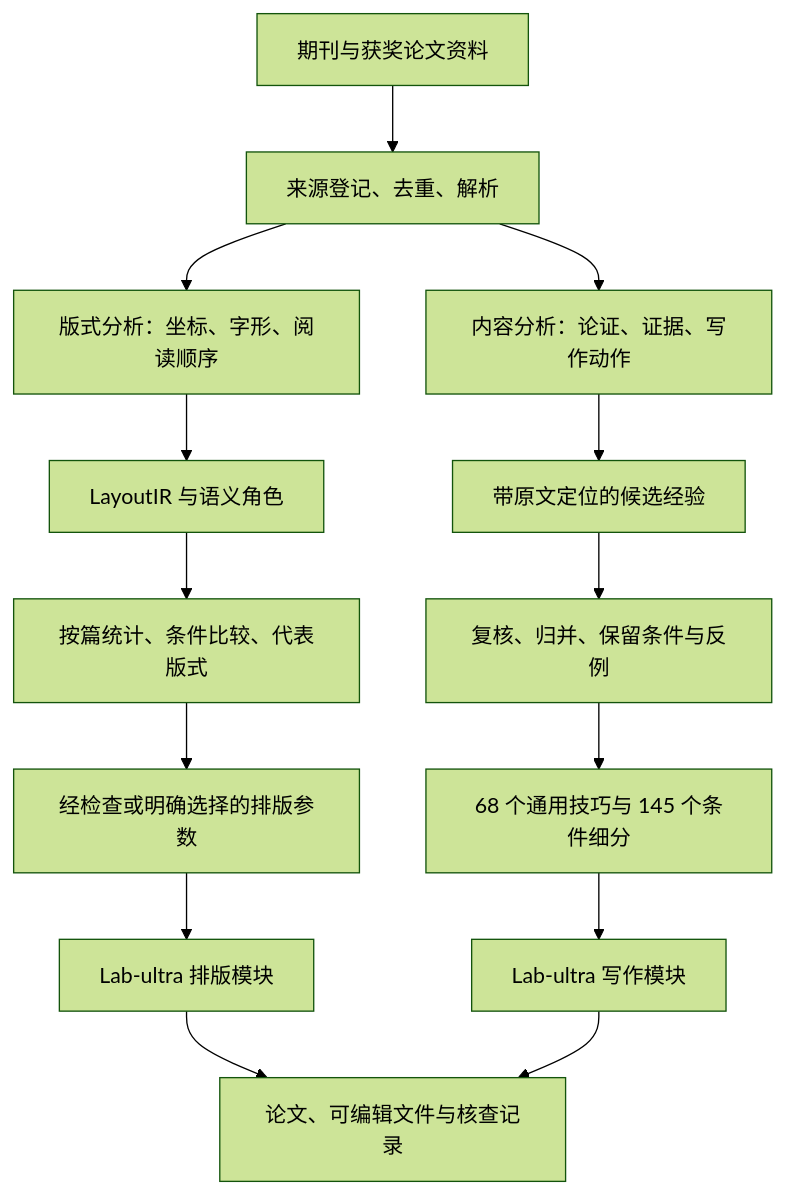
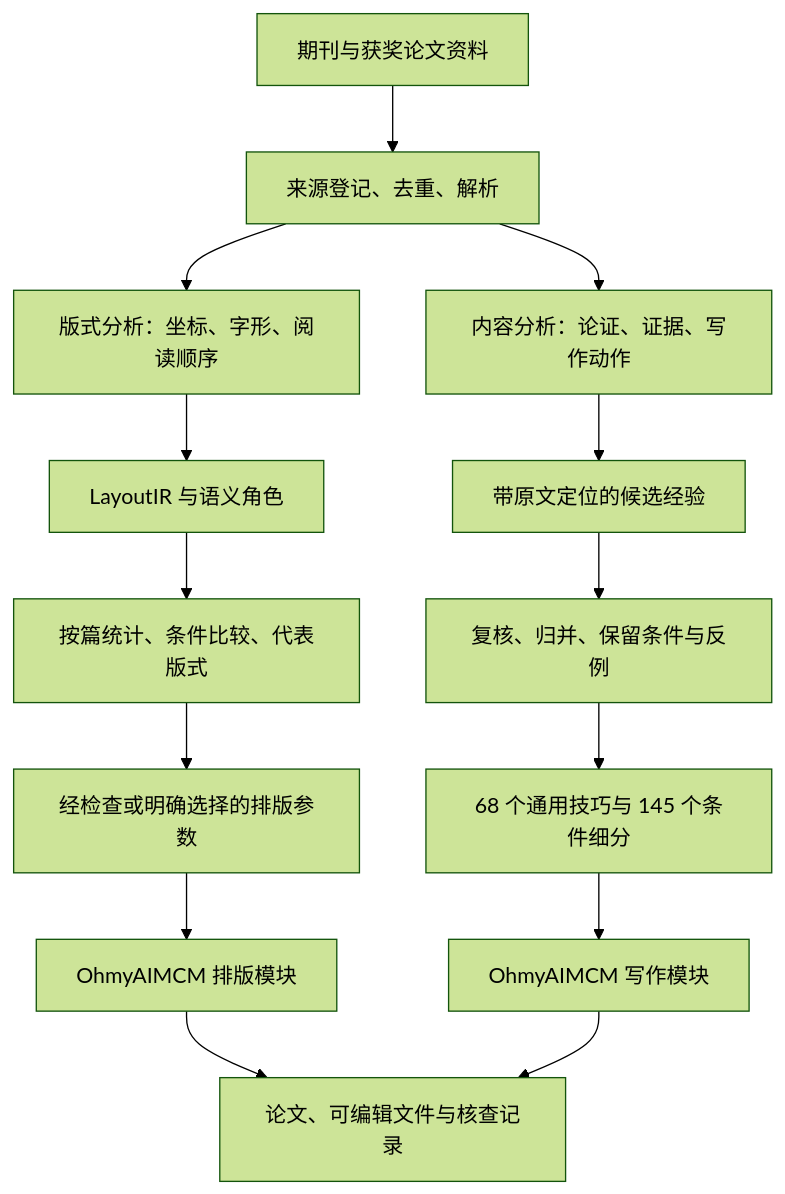
Before and after one commit to Tangtaizong-BUAA/OhmyAIMCM: the diagram in README.md, drawn with Mermaid (forest theme). The commit also changed other lines of this file and 349 other files, not shown here.

First line of the commit message:
refactor: migrate all runtime modules and paper branding to OhmyAIMCM

````diff
--- a/README.md
+++ b/README.md
@@ -48,16 +46,16 @@
 ```mermaid
 flowchart TD
     A[期刊与获奖论文资料] --> B[来源登记、去重、解析]
     B --> C[版式分析：坐标、字形、阅读顺序]
     B --> D[内容分析：论证、证据、写作动作]
     C --> E[LayoutIR 与语义角色]
     E --> F[按篇统计、条件比较、代表版式]
     F --> G[经检查或明确选择的排版参数]
     D --> H[带原文定位的候选经验]
     H --> I[复核、归并、保留条件与反例]
     I --> J[68 个通用技巧与 145 个条件细分]
-    G --> K[Lab-ultra 排版模块]
-    J --> L[Lab-ultra 写作模块]
+    G --> K[OhmyAIMCM 排版模块]
+    J --> L[OhmyAIMCM 写作模块]
     K --> M[论文、可编辑文件与核查记录]
     L --> M
 ```
````
